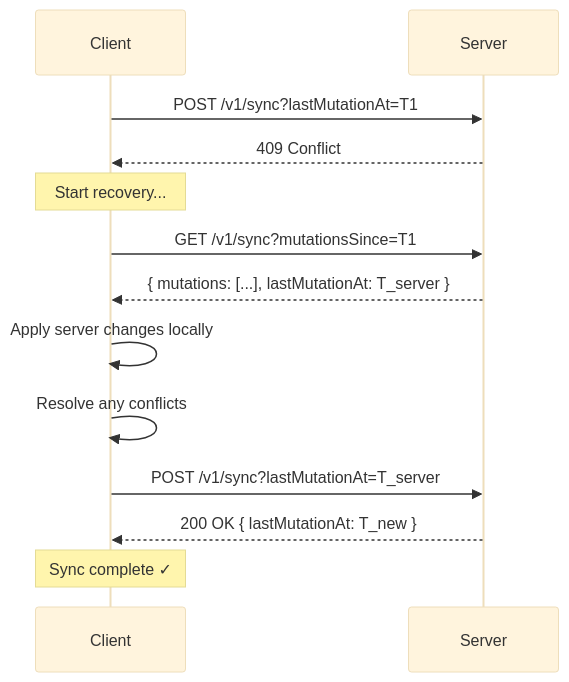
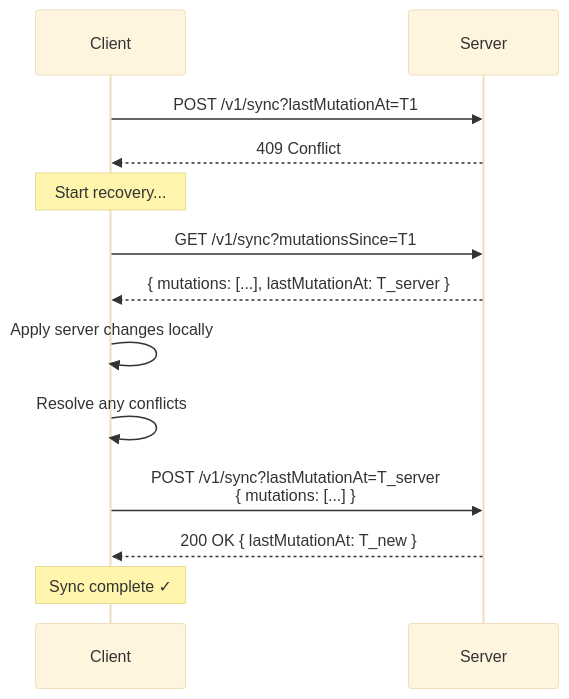
Before and after one commit to quran/qf-api-docs: the second of 2 diagrams in docs/tutorials/sync/handling-conflicts.mdx, drawn with Mermaid (base theme). The commit also changed other lines of this file and 2 other files, not shown here.

````diff
--- a/docs/tutorials/sync/handling-conflicts.mdx
+++ b/docs/tutorials/sync/handling-conflicts.mdx
@@ -58,21 +58,21 @@
 ```mermaid
 sequenceDiagram
     participant Client
     participant Server
 
     Client->>Server: POST /v1/sync?lastMutationAt=T1
     Server-->>Client: 409 Conflict
 
     Note over Client: Start recovery...
 
     Client->>Server: GET /v1/sync?mutationsSince=T1
     Server-->>Client: { mutations: [...], lastMutationAt: T_server }
 
     Client->>Client: Apply server changes locally
     Client->>Client: Resolve any conflicts
 
-    Client->>Server: POST /v1/sync?lastMutationAt=T_server
+    Client->>Server: POST /v1/sync?lastMutationAt=T_server<br/>{ mutations: [...] }
     Server-->>Client: 200 OK { lastMutationAt: T_new }
 
     Note over Client: Sync complete ✓
 ```
````
